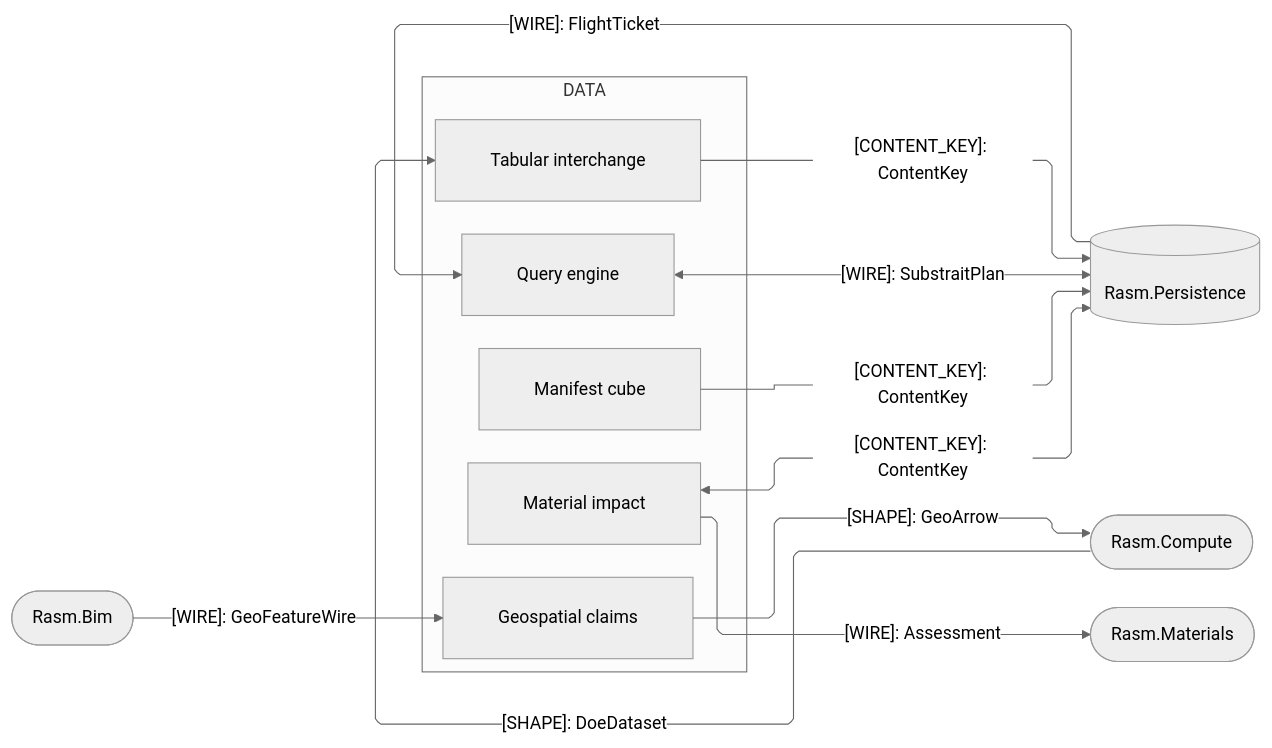
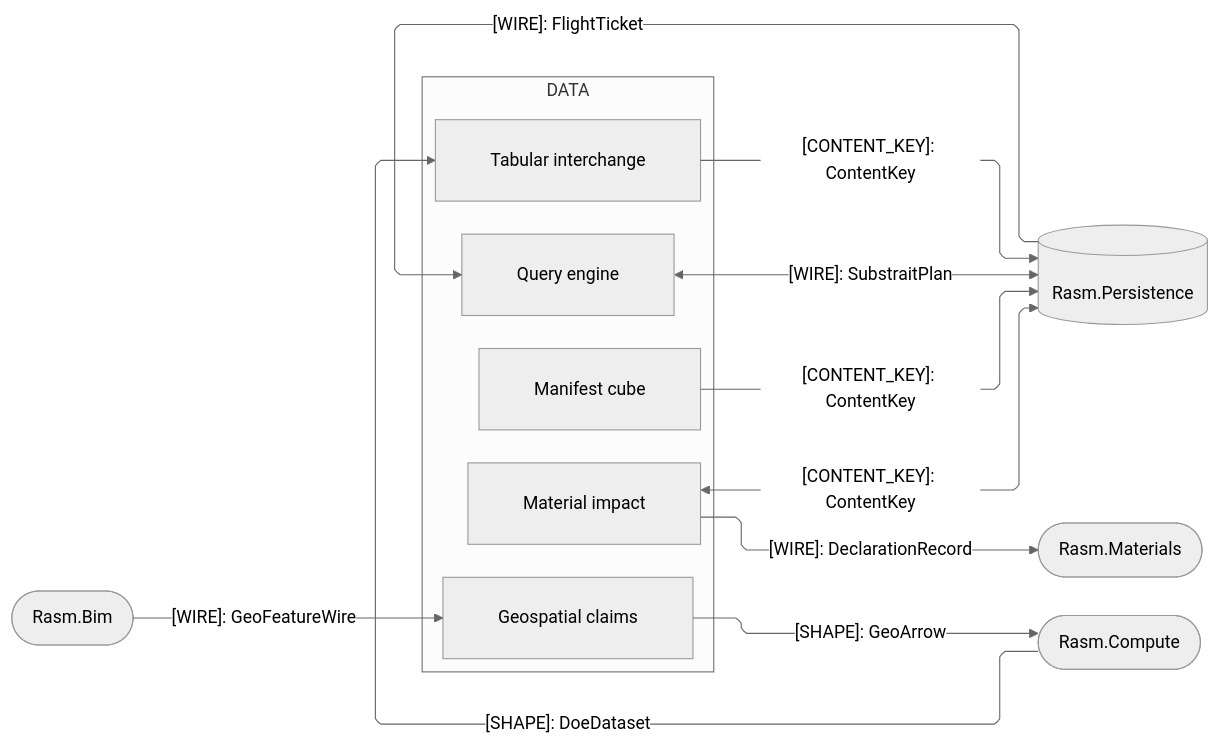
Before and after one commit to bsamiee/Rasm: the fourth of 4 diagrams in libs/python/data/ARCHITECTURE.md, drawn with Mermaid (neutral theme). The commit also changed 747 other files, not shown here.

````diff
--- a/libs/python/data/ARCHITECTURE.md
+++ b/libs/python/data/ARCHITECTURE.md
@@ -195,32 +195,32 @@
 ```mermaid
 ---
 config:
   layout: elk
   flowchart:
     curve: linear
     padding: 25
 ---
 flowchart LR
     accTitle: Data package C#-peer seam registry
     accDescr: Data sub-domain owners exchanging frame shapes, content keys, plan wires, and the environmental set with the C# peers.
     subgraph data[DATA]
         Tabular[Tabular interchange]
         Query[Query engine]
         Geospatial[Geospatial claims]
         Virtual[Manifest cube]
         Impact[Material impact]
     end
     Persistence[(Rasm.Persistence)]
+    Materials([Rasm.Materials])
     Compute([Rasm.Compute])
-    Materials([Rasm.Materials])
     Bim([Rasm.Bim])
     Compute e1@-->|"[SHAPE]: DoeDataset"| Tabular
     Geospatial e2@-->|"[SHAPE]: GeoArrow"| Compute
     Tabular e3@-->|"[CONTENT_KEY]: ContentKey"| Persistence
     Query e4@<-->|"[WIRE]: SubstraitPlan"| Persistence
     Virtual e5@-->|"[CONTENT_KEY]: ContentKey"| Persistence
     Impact e6@<-->|"[CONTENT_KEY]: ContentKey"| Persistence
-    Impact e7@-->|"[WIRE]: Assessment"| Materials
-    Bim e8@-->|"[WIRE]: GeoFeatureWire"| Geospatial
-    Persistence e9@-->|"[WIRE]: FlightTicket"| Query
+    Bim e7@-->|"[WIRE]: GeoFeatureWire"| Geospatial
+    Persistence e8@-->|"[WIRE]: FlightTicket"| Query
+    Impact e9@-->|"[WIRE]: DeclarationRecord"| Materials
 ```
````
